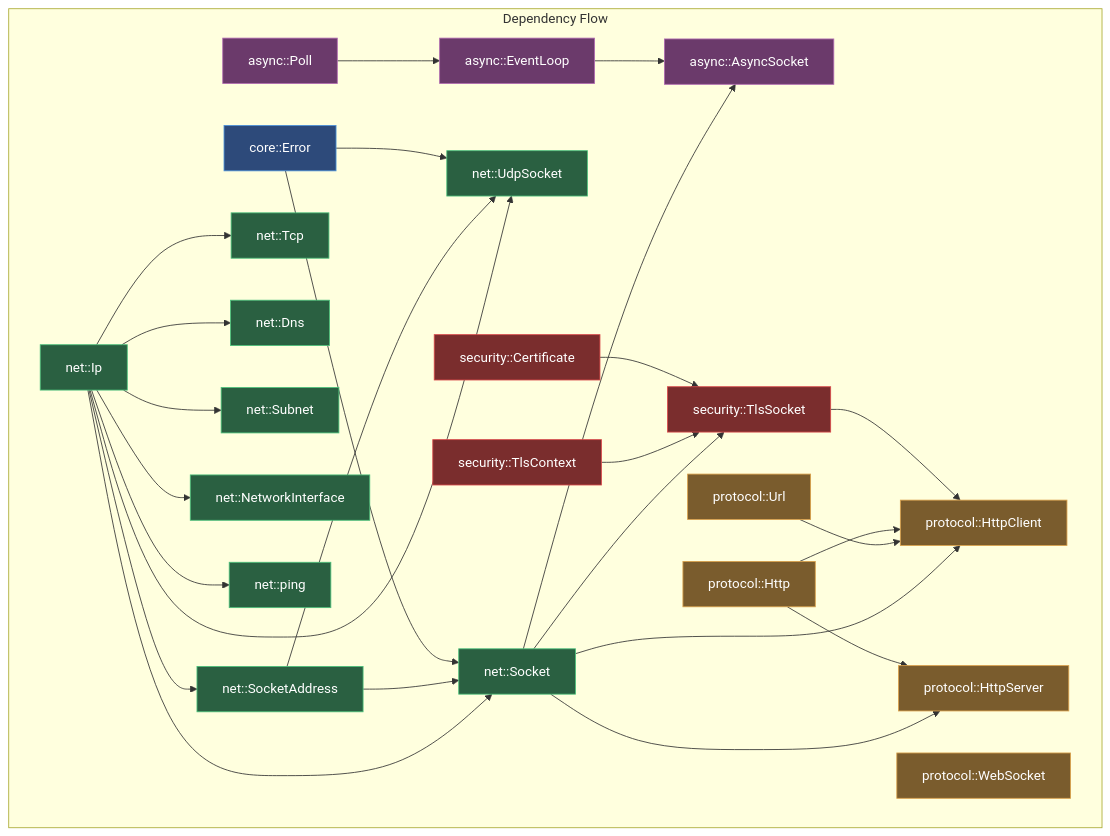
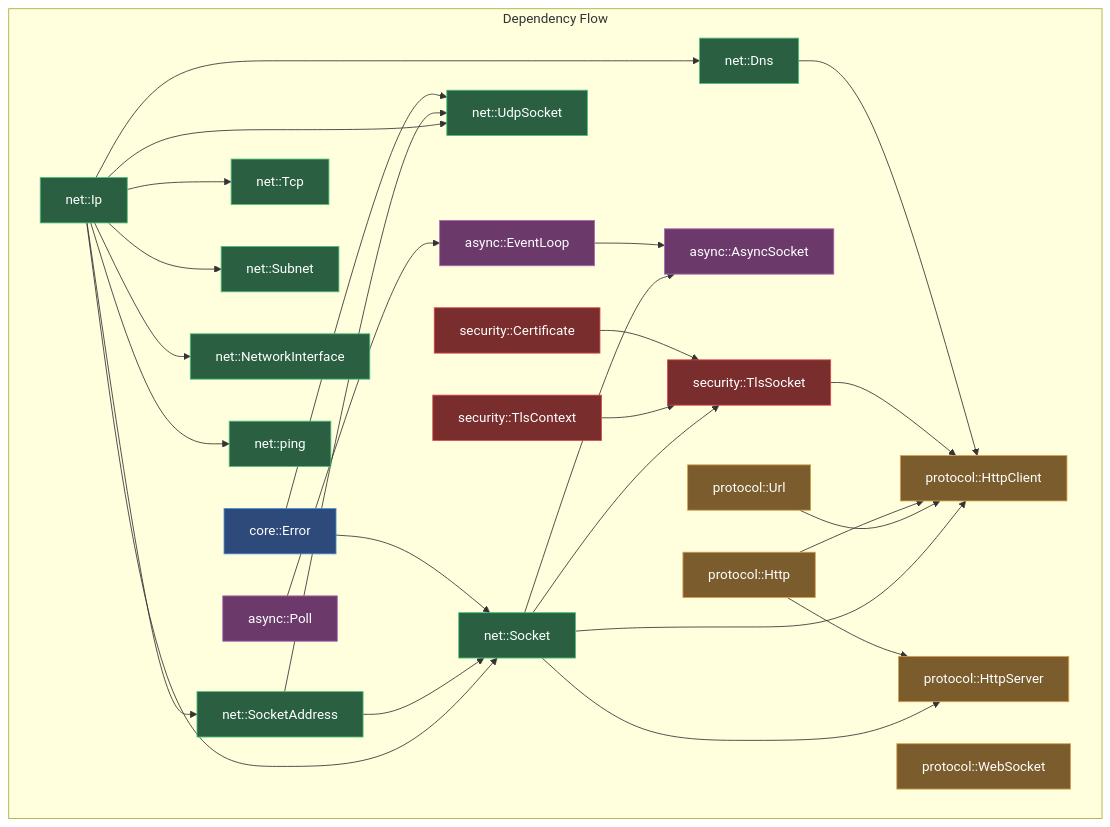
Before and after one commit to zuudevs/etherz: the second of 12 diagrams in docs/ARCHITECTURE.md, drawn with Mermaid. The commit also changed other lines of this file and 4 other files, not shown here.

Commit message:
feat: Add comprehensive API, architecture, and quickstart documentation, update README with new links and version, and introduce the main `etherz.hpp` header.

````diff
--- a/docs/ARCHITECTURE.md
+++ b/docs/ARCHITECTURE.md
@@ -61,74 +61,75 @@
 ```mermaid
 graph LR
     subgraph "Dependency Flow"
         direction LR
         CORE["core::Error"]
         IP["net::Ip"]
         SA["net::SocketAddress"]
         TCP["net::Tcp"]
         SOCK["net::Socket"]
         UDP["net::UdpSocket"]
         DNS["net::Dns"]
         SUB["net::Subnet"]
         NIF["net::NetworkInterface"]
         PING["net::ping"]
         POLL["async::Poll"]
         EL["async::EventLoop"]
         AS["async::AsyncSocket"]
         URL["protocol::Url"]
         HTTP["protocol::Http"]
         HC["protocol::HttpClient"]
         HS["protocol::HttpServer"]
         WS["protocol::WebSocket"]
         TLS_CTX["security::TlsContext"]
         TLS_SOCK["security::TlsSocket"]
         CERT["security::Certificate"]
 
         IP --> SA
         IP --> TCP
         IP --> SOCK
         IP --> UDP
         IP --> DNS
         IP --> SUB
         IP --> NIF
         IP --> PING
         SA --> SOCK
         SA --> UDP
         CORE --> SOCK
         CORE --> UDP
         SOCK --> AS
         SOCK --> HC
         SOCK --> HS
         POLL --> EL
         EL --> AS
         URL --> HC
         HTTP --> HC
         HTTP --> HS
         SOCK --> TLS_SOCK
         TLS_CTX --> TLS_SOCK
         TLS_SOCK --> HC
+        DNS --> HC
         CERT --> TLS_SOCK
     end
 
     style CORE fill:#2d4a7a,stroke:#4a90d9,color:#fff
     style IP fill:#2a6041,stroke:#4bc07a,color:#fff
     style SA fill:#2a6041,stroke:#4bc07a,color:#fff
     style TCP fill:#2a6041,stroke:#4bc07a,color:#fff
     style SOCK fill:#2a6041,stroke:#4bc07a,color:#fff
     style UDP fill:#2a6041,stroke:#4bc07a,color:#fff
     style DNS fill:#2a6041,stroke:#4bc07a,color:#fff
     style SUB fill:#2a6041,stroke:#4bc07a,color:#fff
     style NIF fill:#2a6041,stroke:#4bc07a,color:#fff
     style PING fill:#2a6041,stroke:#4bc07a,color:#fff
     style POLL fill:#6b3a6b,stroke:#b06ab0,color:#fff
     style EL fill:#6b3a6b,stroke:#b06ab0,color:#fff
     style AS fill:#6b3a6b,stroke:#b06ab0,color:#fff
     style URL fill:#7a5c2d,stroke:#d9a04a,color:#fff
     style HTTP fill:#7a5c2d,stroke:#d9a04a,color:#fff
     style HC fill:#7a5c2d,stroke:#d9a04a,color:#fff
     style HS fill:#7a5c2d,stroke:#d9a04a,color:#fff
     style WS fill:#7a5c2d,stroke:#d9a04a,color:#fff
     style TLS_CTX fill:#7a2d2d,stroke:#d94a4a,color:#fff
     style TLS_SOCK fill:#7a2d2d,stroke:#d94a4a,color:#fff
     style CERT fill:#7a2d2d,stroke:#d94a4a,color:#fff
 ```
````
